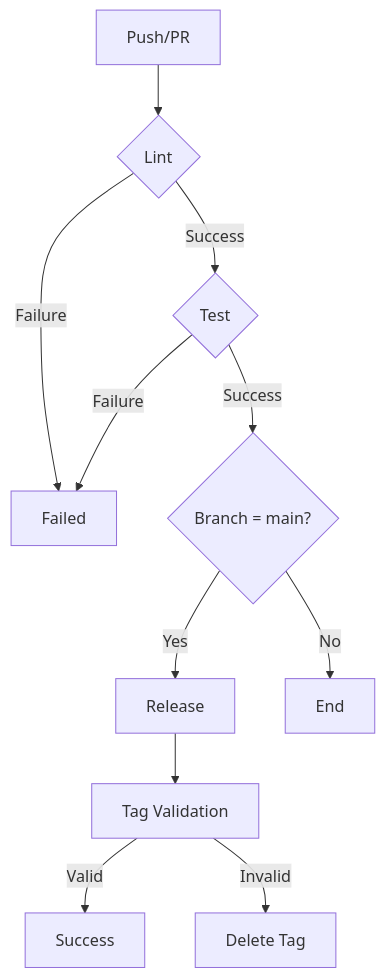
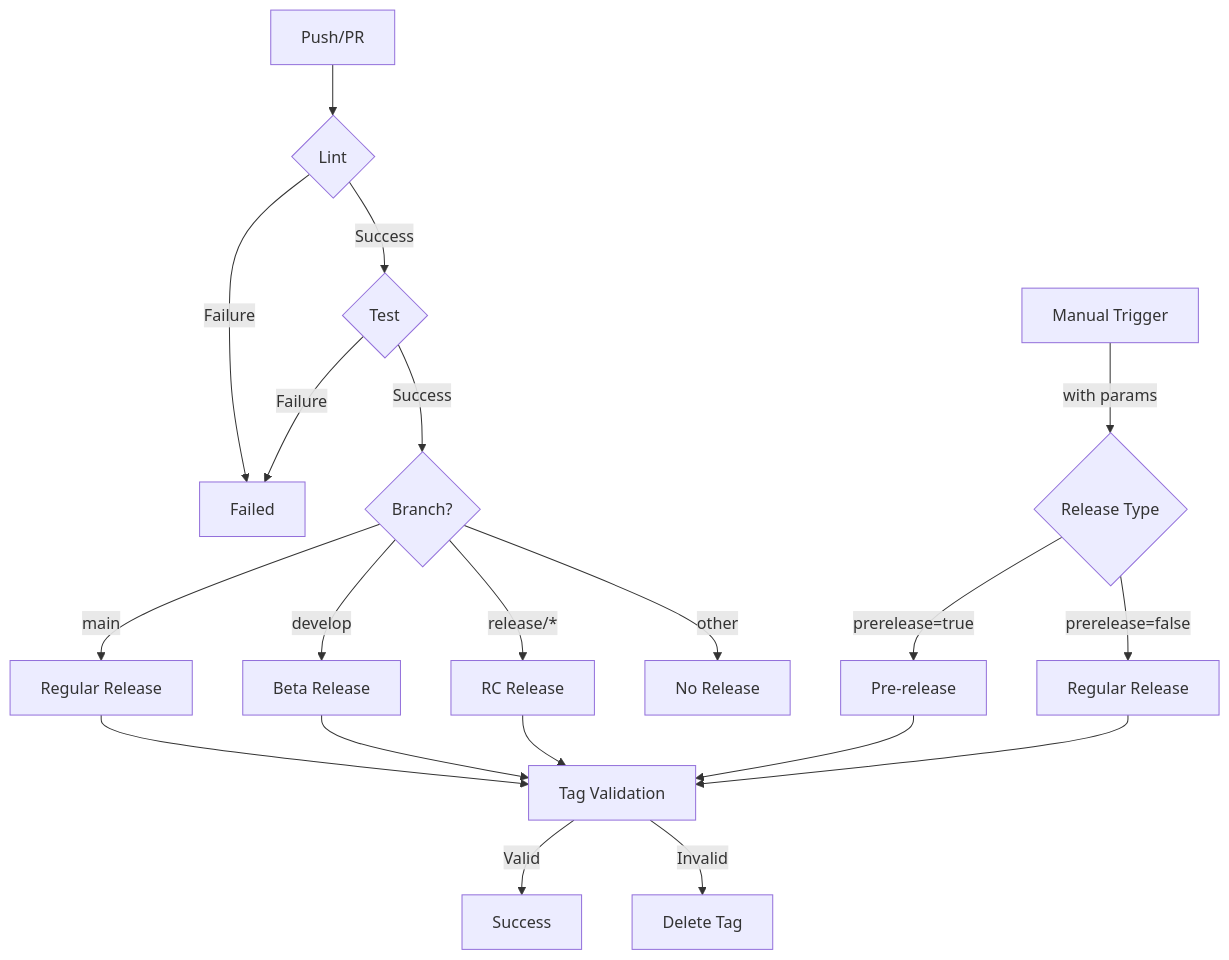
Before and after one commit to gsinghjay/fast-api-ci-cd: the diagram in README.md, drawn with Mermaid.

Commit message:
docs: update mermaid diagram to show complete release flow

````diff
--- a/README.md
+++ b/README.md
@@ -175,13 +175,30 @@
 ```mermaid
 graph TD
     A[Push/PR] --> B{Lint}
     B -->|Success| C{Test}
     B -->|Failure| Z[Failed]
-    C -->|Success| D{Branch = main?}
+    C -->|Success| D{Branch?}
     C -->|Failure| Z
-    D -->|Yes| E[Release]
-    D -->|No| Y[End]
-    E --> F[Tag Validation]
-    F -->|Valid| G[Success]
-    F -->|Invalid| H[Delete Tag]
+
+    %% Branch-specific releases
+    D -->|main| E[Regular Release]
+    D -->|develop| F[Beta Release]
+    D -->|release/*| G[RC Release]
+    D -->|other| H[No Release]
+
+    %% Release processes
+    E --> I[Tag Validation]
+    F --> I
+    G --> I
+
+    %% Final states
+    I -->|Valid| J[Success]
+    I -->|Invalid| K[Delete Tag]
+
+    %% Manual workflow
+    L[Manual Trigger] -->|with params| M{Release Type}
+    M -->|prerelease=true| N[Pre-release]
+    M -->|prerelease=false| O[Regular Release]
+    N --> I
+    O --> I
 ```
````
